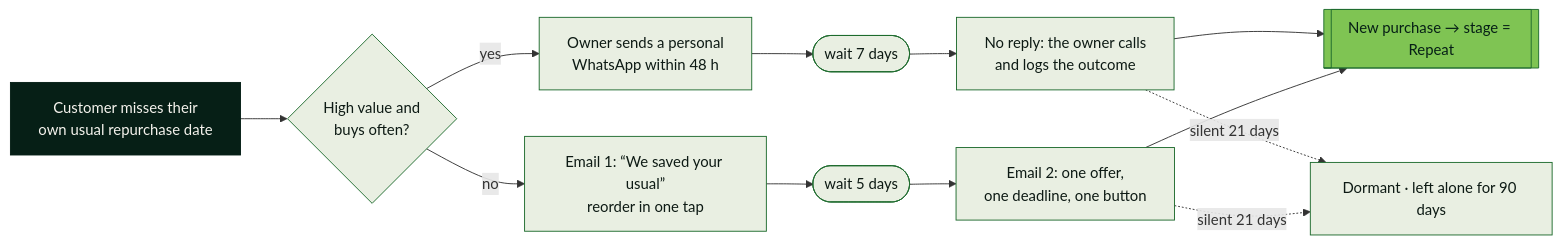
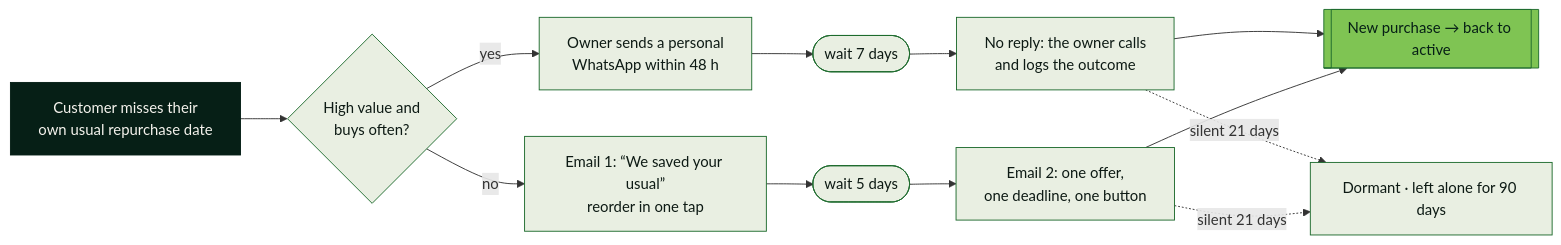
One commit to isaacantunesfacha-dev/Gina-CRM changed the diagram in README.md. Above: the diagram before and after it, drawn with Mermaid. The commit also changed other lines of this file and 8 other files, not shown here.

````diff
--- a/README.md
+++ b/README.md
@@ -60,15 +60,15 @@
 ```mermaid
 flowchart LR
   T["Customer misses their<br/>own usual repurchase date"] --> B{"High value and<br/>buys often?"}
   B -- yes --> Y1["Owner sends a personal<br/>WhatsApp within 48 h"] --> W7(["wait 7 days"]) --> Y2["No reply: the owner calls<br/>and logs the outcome"]
   B -- no --> N1["Email 1: “We saved your usual”<br/>reorder in one tap"] --> W5(["wait 5 days"]) --> N2["Email 2: one offer,<br/>one deadline, one button"]
-  Y2 --> G[["New purchase → stage = Repeat"]]
+  Y2 --> G[["New purchase → back to active"]]
   N2 --> G
   Y2 -. silent 21 days .-> X["Dormant · left alone for 90 days"]
   N2 -. silent 21 days .-> X
   classDef default fill:#e9efe2,stroke:#1e6b2e,color:#0d1a14
   classDef goal fill:#7fc453,stroke:#1e6b2e,color:#061f16
   classDef trigger fill:#061f16,stroke:#061f16,color:#f5f3ed
   class G goal
   class T trigger
 ```
````
